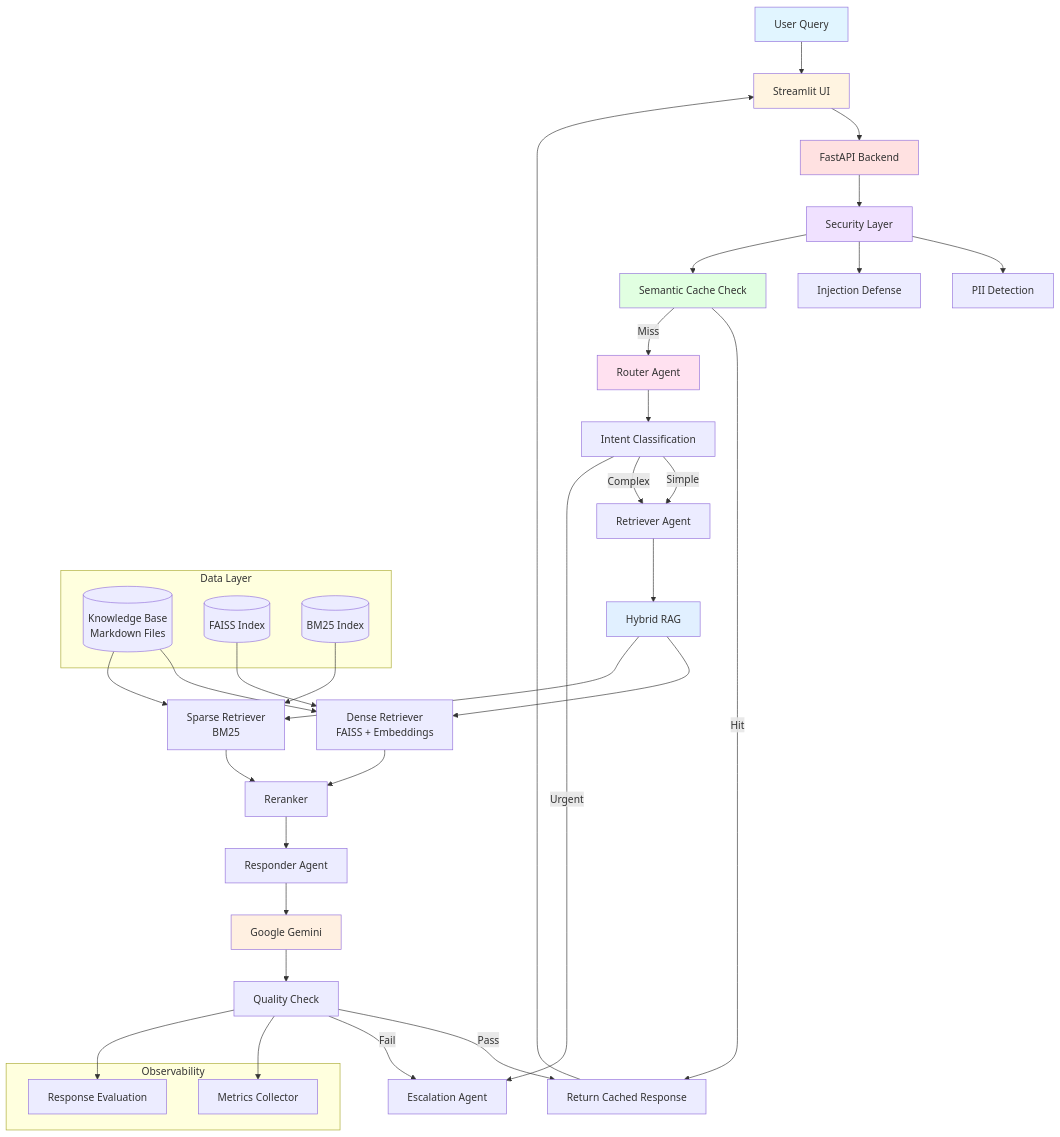
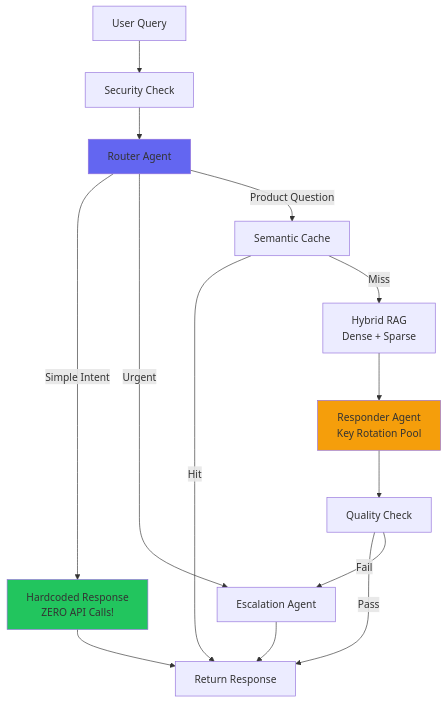
Before and after one commit to moniem2020/AI-Support-Agent-for-Saas: the diagram in README.md, drawn with Mermaid. The commit also changed other lines of this file, not shown here.

Commit message:
docs: update README with all new features and architecture changes

````diff
--- a/README.md
+++ b/README.md
@@ -7,62 +16,25 @@
 ```mermaid
 graph TB
-    User[User Query] --> UI[Streamlit UI]
-    UI --> API[FastAPI Backend]
+    User[User Query] --> Security[Security Check]
+    Security --> Route[Router Agent]
     
-    API --> Security[Security Layer]
-    Security --> PIIDetector[PII Detection]
-    Security --> InjectionDefense[Injection Defense]
+    Route -->|Simple Intent| DirectRespond[Hardcoded Response<br/>ZERO API Calls!]
+    Route -->|Urgent| Escalation[Escalation Agent]
+    Route -->|Product Question| Cache[Semantic Cache]
     
-    Security --> Cache[Semantic Cache Check]
-    Cache -->|Hit| Response[Return Cached Response]
-    Cache -->|Miss| Router[Router Agent]
+    Cache -->|Hit| Response[Return Response]
+    Cache -->|Miss| Retrieve[Hybrid RAG<br/>Dense + Sparse]
     
-    Router --> Intent[Intent Classification]
-    Intent -->|Simple| Retriever[Retriever Agent]
-    Intent -->|Complex| Retriever
-    Intent -->|Urgent| Escalation[Escalation Agent]
+    Retrieve --> Responder[Responder Agent<br/>Key Rotation Pool]
+    Responder --> Quality[Quality Check]
     
-    Retriever --> Hybrid[Hybrid RAG]
-    Hybrid --> Dense[Dense Retriever<br/>FAISS + Embeddings]
-    Hybrid --> Sparse[Sparse Retriever<br/>BM25]
-    
-    Dense --> Rerank[Reranker]
-    Sparse --> Rerank
-    
-    Rerank --> Responder[Responder Agent]
-    Responder --> LLM[Google Gemini]
-    
-    LLM --> Quality[Quality Check]
     Quality -->|Pass| Response
     Quality -->|Fail| Escalation
     
-    Response --> UI
+    DirectRespond --> Response
+    Escalation --> Response
     
-    subgraph "Data Layer"
-        KB[(Knowledge Base<br/>Markdown Files)]
-        FAISS[(FAISS Index)]
-        BM25[(BM25 Index)]
-    end
-    
-    KB --> Dense
-    KB --> Sparse
-    FAISS --> Dense
-    BM25 --> Sparse
-    
-    subgraph "Observability"
-        Metrics[Metrics Collector]
-        Eval[Response Evaluation]
-    end
-    
-    Quality --> Metrics
-    Quality --> Eval
-    
-    style User fill:#e1f5ff
-    style UI fill:#fff4e1
-    style API fill:#ffe1e1
-    style Security fill:#f0e1ff
-    style Cache fill:#e1ffe1
-    style Router fill:#ffe1f0
-    style Hybrid fill:#e1f0ff
-    style LLM fill:#fff0e1
+    style DirectRespond fill:#22c55e
+    style Route fill:#6366f1
+    style Responder fill:#f59e0b
 ```
````
